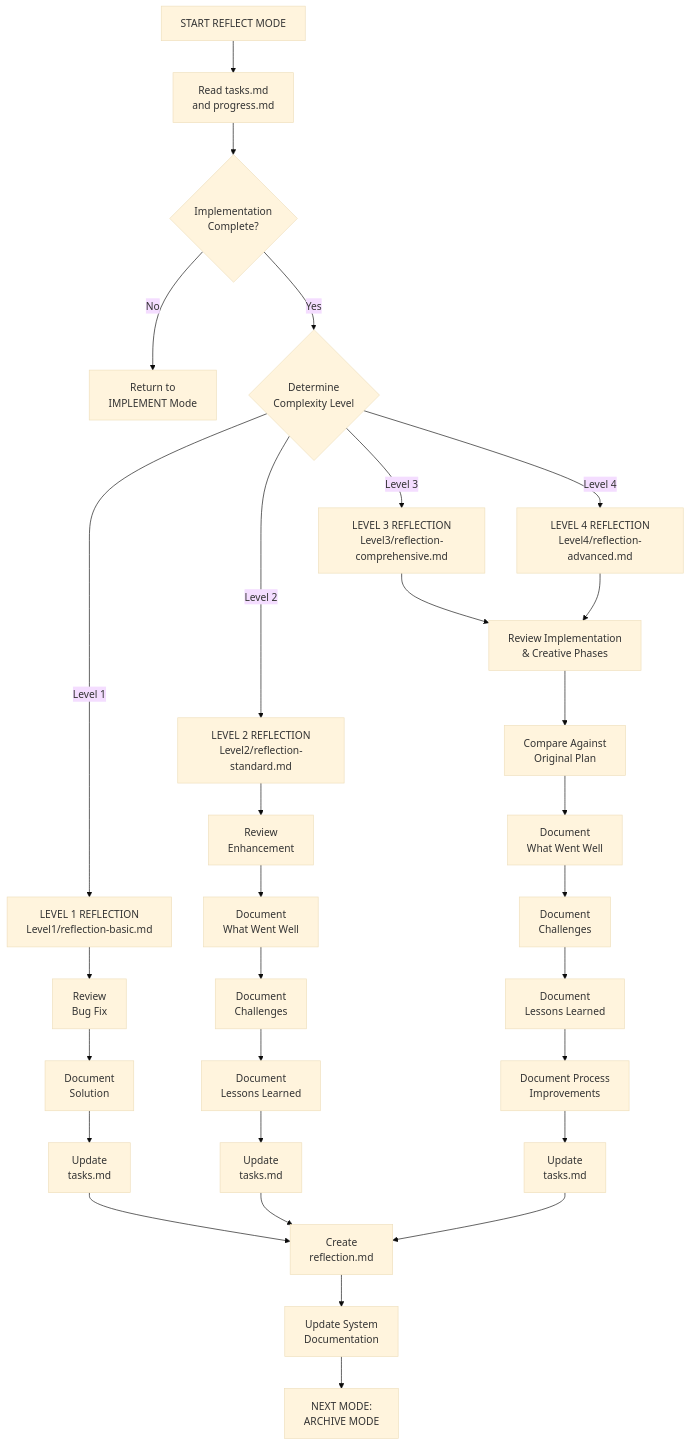
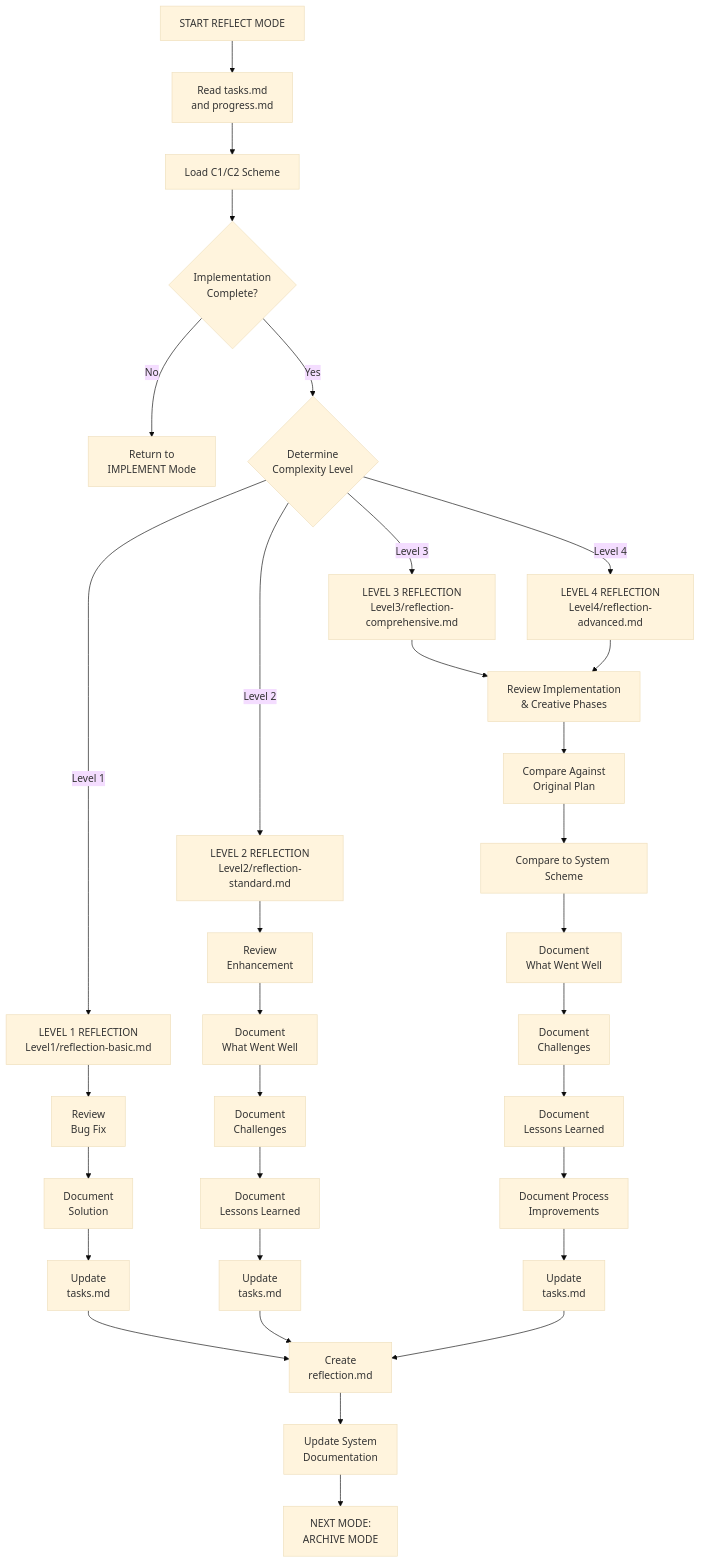
The first of 5 diagrams in .github/instructions/rules/isolation_rules/visual-maps/reflect-mode-map.md (DennisGrammes/arc42-memory-bank), drawn with Mermaid (base theme) before and after one commit. The commit also changed 10 other files, not shown here.

````diff
--- a/.github/instructions/rules/isolation_rules/visual-maps/reflect-mode-map.md
+++ b/.github/instructions/rules/isolation_rules/visual-maps/reflect-mode-map.md
@@ -13,41 +13,43 @@
 ```mermaid
 graph TD
     Start["START REFLECT MODE"] --> ReadTasks["Read tasks.md<br>and progress.md"]
-    
+    ReadTasks --> LoadScheme["Load C1/C2 Scheme"]
+
     %% Initial Assessment
-    ReadTasks --> VerifyImplement{"Implementation<br>Complete?"}
+    LoadScheme --> VerifyImplement{"Implementation<br>Complete?"}
     VerifyImplement -->|"No"| ReturnImplement["Return to<br>IMPLEMENT Mode"]
     VerifyImplement -->|"Yes"| AssessLevel{"Determine<br>Complexity Level"}
     
     %% Level-Based Reflection
     AssessLevel -->|"Level 1"| L1Reflect["LEVEL 1 REFLECTION<br>Level1/reflection-basic.md"]
     AssessLevel -->|"Level 2"| L2Reflect["LEVEL 2 REFLECTION<br>Level2/reflection-standard.md"]
     AssessLevel -->|"Level 3"| L3Reflect["LEVEL 3 REFLECTION<br>Level3/reflection-comprehensive.md"]
     AssessLevel -->|"Level 4"| L4Reflect["LEVEL 4 REFLECTION<br>Level4/reflection-advanced.md"]
     
     %% Level 1 Reflection (Quick)
     L1Reflect --> L1Review["Review<br>Bug Fix"]
     L1Review --> L1Document["Document<br>Solution"]
     L1Document --> L1Update["Update<br>tasks.md"]
     
     %% Level 2 Reflection (Standard)
     L2Reflect --> L2Review["Review<br>Enhancement"]
     L2Review --> L2WWW["Document<br>What Went Well"]
     L2WWW --> L2Challenges["Document<br>Challenges"]
     L2Challenges --> L2Lessons["Document<br>Lessons Learned"]
     L2Lessons --> L2Update["Update<br>tasks.md"]
     
     %% Level 3-4 Reflection (Comprehensive)
     L3Reflect & L4Reflect --> L34Review["Review Implementation<br>& Creative Phases"]
     L34Review --> L34Plan["Compare Against<br>Original Plan"]
-    L34Plan --> L34WWW["Document<br>What Went Well"]
+    L34Plan --> L34CompareScheme["Compare to System Scheme"]
+    L34CompareScheme --> L34WWW["Document<br>What Went Well"]
     L34WWW --> L34Challenges["Document<br>Challenges"]
     L34Challenges --> L34Lessons["Document<br>Lessons Learned"]
     L34Lessons --> L34ImproveProcess["Document Process<br>Improvements"]
     L34ImproveProcess --> L34Update["Update<br>tasks.md"]
     
     %% Completion & Transition
     L1Update & L2Update & L34Update --> CreateReflection["Create<br>reflection.md"]
     CreateReflection --> UpdateSystem["Update System<br>Documentation"]
     UpdateSystem --> Transition["NEXT MODE:<br>ARCHIVE MODE"]
 ```
````
